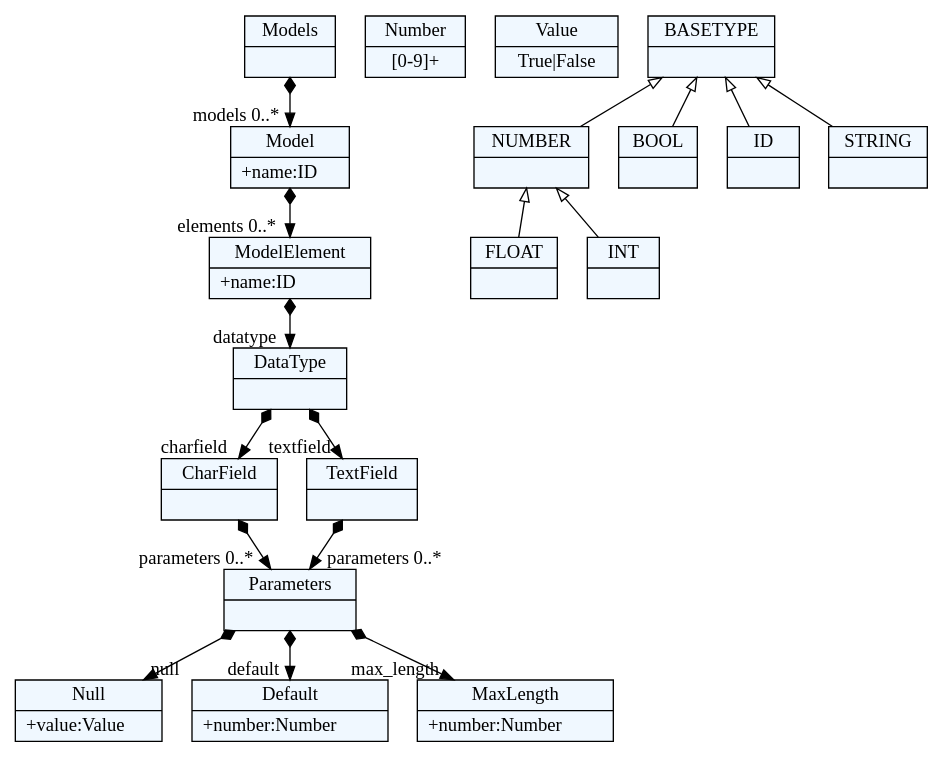
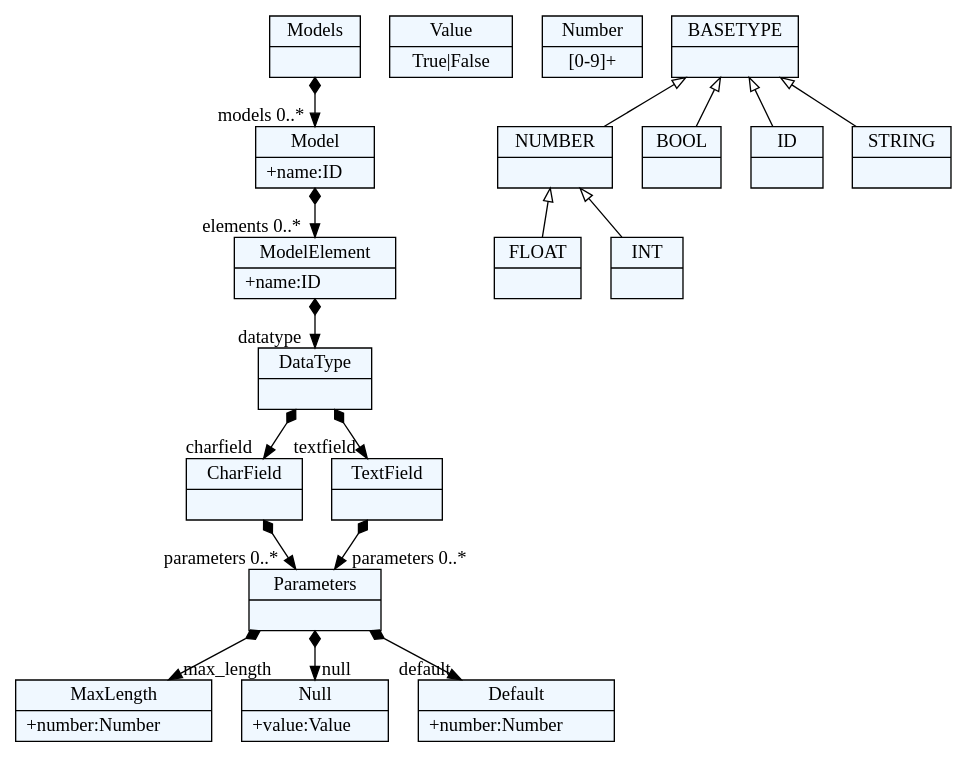
One commit to Booorkoo/JSD changed the diagram in grammer.dot. Above: the diagram before and after it, drawn with Graphviz. The commit also changed 2 other files, not shown here.

```diff
--- a/grammer.dot
+++ b/grammer.dot
@@ -1,69 +1,69 @@
 
     digraph xtext {
     fontname = "Bitstream Vera Sans"
     fontsize = 8
     node[
         shape=record,
         style=filled,
         fillcolor=aliceblue
     ]
     nodesep = 0.3
     edge[dir=black,arrowtail=empty]
 
 
-2674613179416 -> 2674613158648[arrowtail=diamond, dir=both, headlabel="datatype "]
-2674613179416[ label="{ModelElement|+name:ID\l}"]
+2585054895032[ label="{MaxLength|+number:Number\l}"]
 
-2674613149208[ label="{Number|[0-9]+}"]
+2585054890312 -> 2585054891256[arrowtail=diamond, dir=both, headlabel="charfield "]
+2585054890312 -> 2585054895976[arrowtail=diamond, dir=both, headlabel="textfield "]
+2585054890312[ label="{DataType|}"]
 
-2674613181304[ label="{Null|+value:Value\l}"]
+2585054889368 -> 2585054888424[arrowtail=diamond, dir=both, headlabel="elements 0..*"]
+2585054889368[ label="{Model|+name:ID\l}"]
 
-2674613159592 -> 2674613165256[arrowtail=diamond, dir=both, headlabel="parameters 0..*"]
-2674613159592[ label="{CharField|}"]
+2585055887976[ label="{Value|True\|False}"]
 
-2674613157704 -> 2674613179416[arrowtail=diamond, dir=both, headlabel="elements 0..*"]
-2674613157704[ label="{Model|+name:ID\l}"]
+2585055879480[ label="{Null|+value:Value\l}"]
 
-2674613163368[ label="{Default|+number:Number\l}"]
+2585054895976 -> 2585054893144[arrowtail=diamond, dir=both, headlabel="parameters 0..*"]
+2585054895976[ label="{TextField|}"]
 
-2674613180360[ label="{MaxLength|+number:Number\l}"]
+2585054888424 -> 2585054890312[arrowtail=diamond, dir=both, headlabel="datatype "]
+2585054888424[ label="{ModelElement|+name:ID\l}"]
 
-2674613160536 -> 2674613165256[arrowtail=diamond, dir=both, headlabel="parameters 0..*"]
-2674613160536[ label="{TextField|}"]
+2585054893144 -> 2585054895032[arrowtail=diamond, dir=both, headlabel="max_length "]
+2585054893144 -> 2585055879480[arrowtail=diamond, dir=both, headlabel="null "]
+2585054893144 -> 2585054894088[arrowtail=diamond, dir=both, headlabel="default "]
+2585054893144[ label="{Parameters|}"]
 
-2674613165256 -> 2674613180360[arrowtail=diamond, dir=both, headlabel="max_length "]
-2674613165256 -> 2674613181304[arrowtail=diamond, dir=both, headlabel="null "]
-2674613165256 -> 2674613163368[arrowtail=diamond, dir=both, headlabel="default "]
-2674613165256[ label="{Parameters|}"]
+2585054886536 -> 2585054889368[arrowtail=diamond, dir=both, headlabel="models 0..*"]
+2585054886536[ label="{Models|}"]
 
-2674613158648 -> 2674613159592[arrowtail=diamond, dir=both, headlabel="charfield "]
-2674613158648 -> 2674613160536[arrowtail=diamond, dir=both, headlabel="textfield "]
-2674613158648[ label="{DataType|}"]
+2585054892200[ label="{Number|[0-9]+}"]
 
-2674613182248[ label="{Value|True\|False}"]
+2585054894088[ label="{Default|+number:Number\l}"]
 
-2674613150152 -> 2674613157704[arrowtail=diamond, dir=both, headlabel="models 0..*"]
-2674613150152[ label="{Models|}"]
+2585054891256 -> 2585054893144[arrowtail=diamond, dir=both, headlabel="parameters 0..*"]
+2585054891256[ label="{CharField|}"]
 
-2674613147320[ label="{BASETYPE|}"]
-2674613147320 -> 2674613178472 [dir=back]
-2674613147320 -> 2674613155816 [dir=back]
-2674613147320 -> 2674613172808 [dir=back]
-2674613147320 -> 2674613164312 [dir=back]
+2585054884648[ label="{BASETYPE|}"]
+2585054884648 -> 2585054887480 [dir=back]
+2585054884648 -> 2585054882760 [dir=back]
+2585054884648 -> 2585054879928 [dir=back]
+2585054884648 -> 2585054880872 [dir=back]
 
-2674613177528[ label="{FLOAT|}"]
+2585054879928[ label="{ID|}"]
 
-2674613164312[ label="{STRING|}"]
+2585054887480[ label="{NUMBER|}"]
+2585054887480 -> 2585054885592 [dir=back]
+2585054887480 -> 2585054883704 [dir=back]
 
-2674613172808[ label="{ID|}"]
+2585054880872[ label="{STRING|}"]
 
-2674613155816[ label="{BOOL|}"]
+2585054885592[ label="{FLOAT|}"]
 
-2674613167144[ label="{INT|}"]
+2585054883704[ label="{INT|}"]
 
-2674613178472[ label="{NUMBER|}"]
-2674613178472 -> 2674613177528 [dir=back]
-2674613178472 -> 2674613167144 [dir=back]
+2585054882760[ label="{BOOL|}"]
 
 
 }
```
